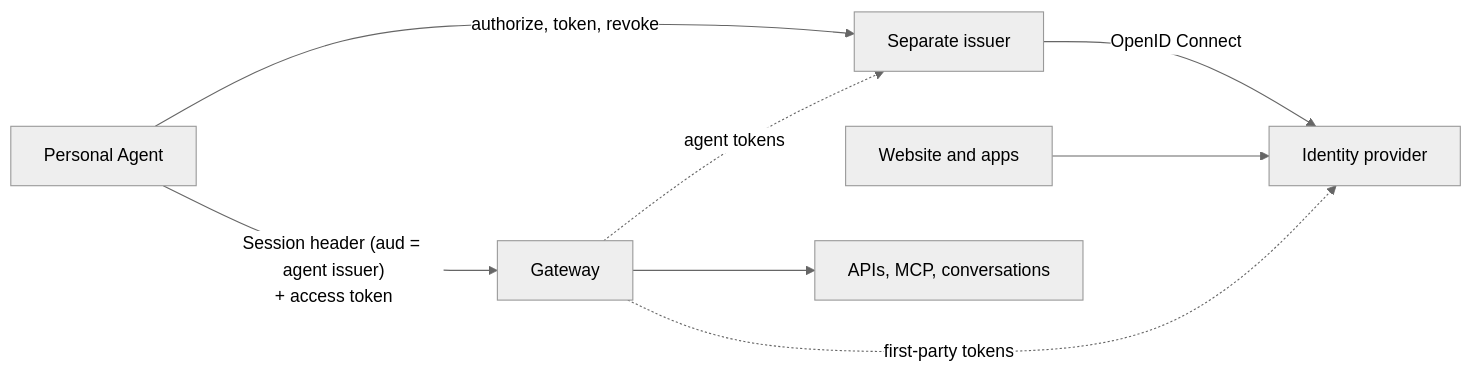
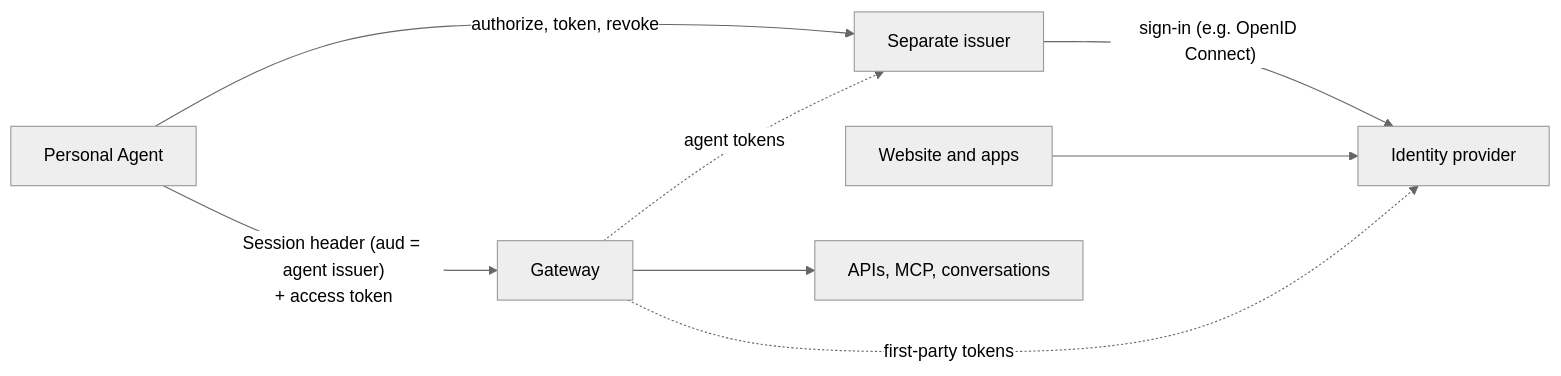
The second of 7 diagrams in kit/company/patterns/identity-provider.md (gaokevin1/personal-agent-protocol), drawn with Mermaid (neutral theme) before and after one commit. The commit also changed other lines of this file and 1 other file, not shown here.

Commit message:
Make OpenID Connect one example of how the separate issuer signs Users in

````diff
--- a/kit/company/patterns/identity-provider.md
+++ b/kit/company/patterns/identity-provider.md
@@ -67,9 +68,9 @@
 ```mermaid
 flowchart LR
   PA[Personal Agent] -->|"authorize, token, revoke"| AS[Separate issuer]
-  AS -->|OpenID Connect| IdP[Identity provider]
+  AS -->|"sign-in (e.g. OpenID Connect)"| IdP[Identity provider]
   Apps[Website and apps] --> IdP
   PA -->|"Session header (aud = agent issuer)<br/>+ access token"| GW[Gateway] --> API[APIs, MCP, conversations]
   GW -.->|agent tokens| AS
   GW -.->|first-party tokens| IdP
 ```
````
